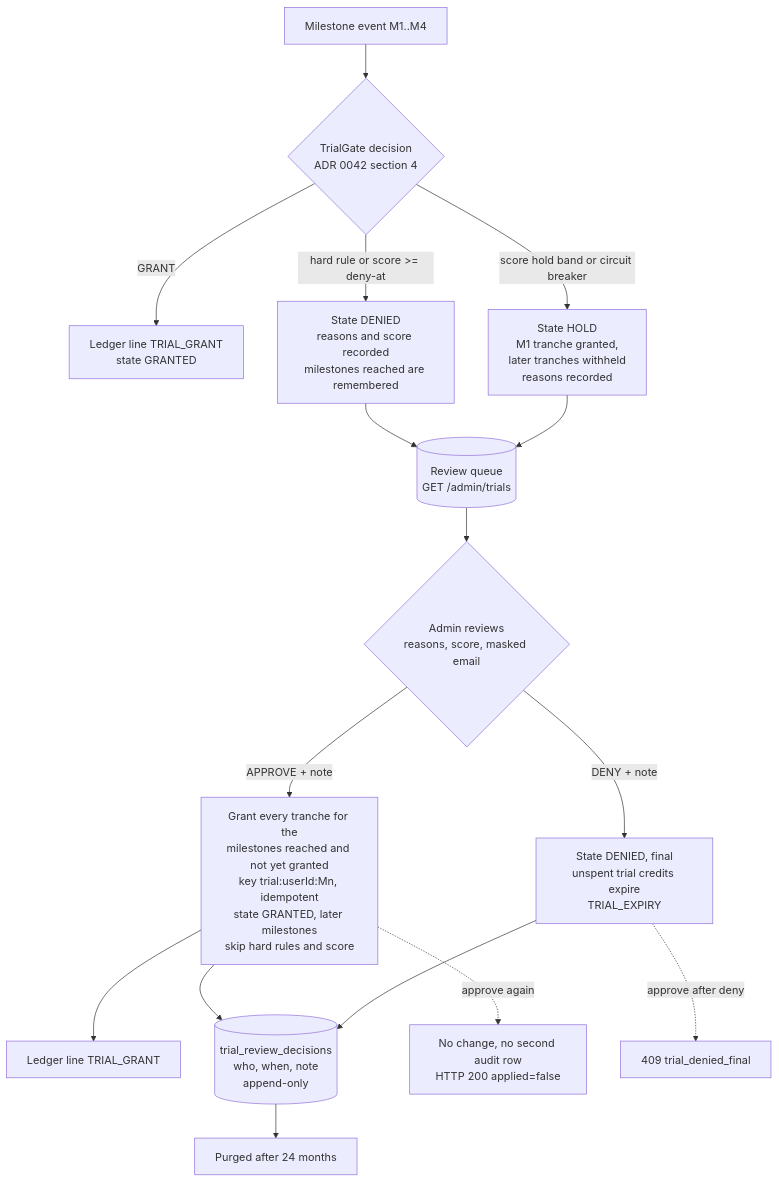
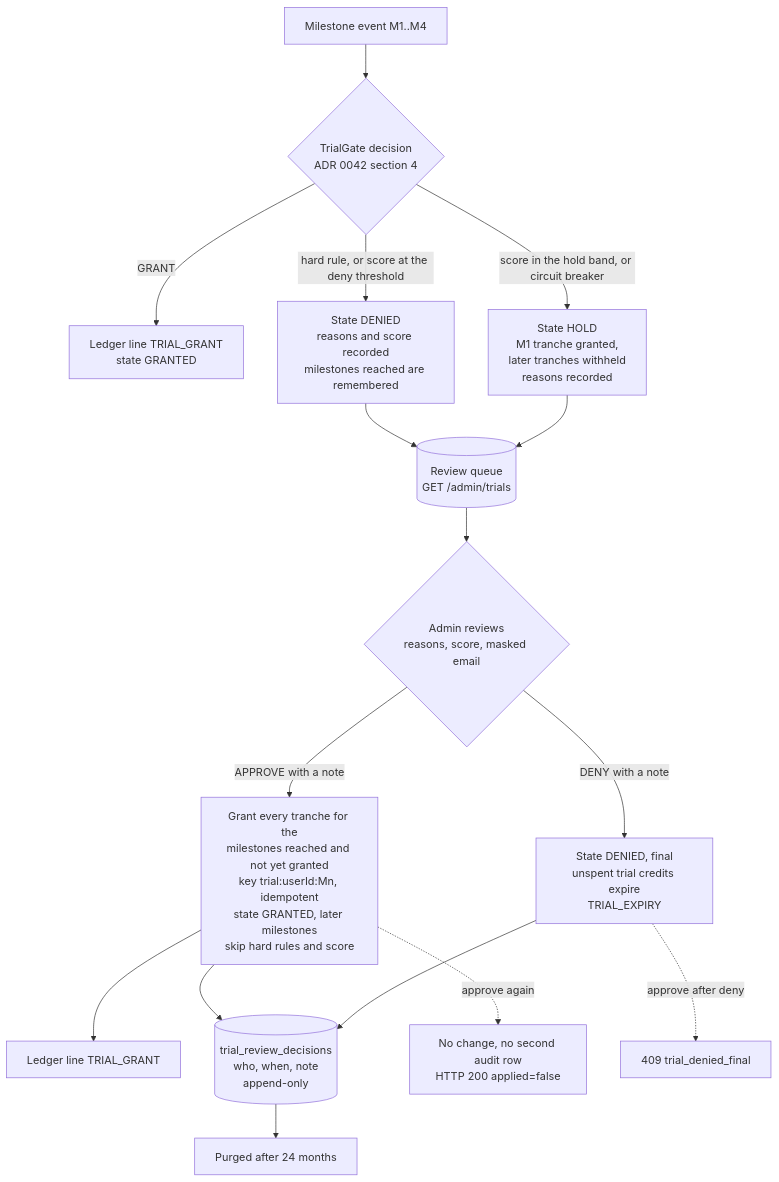
One commit to oluwasegun5/jobfinder changed the diagram in docs/adr/0047-trial-review-queue.md. Above: the diagram before and after it, drawn with Mermaid.

Commit message:
docs: quote the edge labels in the ADR 0047 diagram

````diff
--- a/docs/adr/0047-trial-review-queue.md
+++ b/docs/adr/0047-trial-review-queue.md
@@ -26,18 +26,18 @@
 ```mermaid
 flowchart TD
     M[Milestone event M1..M4] --> G{TrialGate decision<br/>ADR 0042 section 4}
-    G -- GRANT --> L1[Ledger line TRIAL_GRANT<br/>state GRANTED]
-    G -- hard rule or score >= deny-at --> D[State DENIED<br/>reasons and score recorded<br/>milestones reached are remembered]
-    G -- score hold band or circuit breaker --> H[State HOLD<br/>M1 tranche granted,<br/>later tranches withheld<br/>reasons recorded]
+    G -- "GRANT" --> L1[Ledger line TRIAL_GRANT<br/>state GRANTED]
+    G -- "hard rule, or score at the deny threshold" --> D[State DENIED<br/>reasons and score recorded<br/>milestones reached are remembered]
+    G -- "score in the hold band, or circuit breaker" --> H[State HOLD<br/>M1 tranche granted,<br/>later tranches withheld<br/>reasons recorded]
     D --> Q[(Review queue<br/>GET /admin/trials)]
     H --> Q
     Q --> R{Admin reviews<br/>reasons, score, masked email}
-    R -- APPROVE + note --> AP[Grant every tranche for the<br/>milestones reached and not yet granted<br/>key trial:userId:Mn, idempotent<br/>state GRANTED, later milestones<br/>skip hard rules and score]
-    R -- DENY + note --> DN[State DENIED, final<br/>unspent trial credits expire<br/>TRIAL_EXPIRY]
+    R -- "APPROVE with a note" --> AP[Grant every tranche for the<br/>milestones reached and not yet granted<br/>key trial:userId:Mn, idempotent<br/>state GRANTED, later milestones<br/>skip hard rules and score]
+    R -- "DENY with a note" --> DN[State DENIED, final<br/>unspent trial credits expire<br/>TRIAL_EXPIRY]
     AP --> L2[Ledger line TRIAL_GRANT]
     AP --> A[(trial_review_decisions<br/>who, when, note<br/>append-only)]
     DN --> A
     A --> RET[Purged after 24 months]
-    AP -. approve again .-> AP2[No change, no second audit row<br/>HTTP 200 applied=false]
-    DN -. approve after deny .-> X[409 trial_denied_final]
+    AP -. "approve again" .-> AP2[No change, no second audit row<br/>HTTP 200 applied=false]
+    DN -. "approve after deny" .-> X[409 trial_denied_final]
 ```
````
